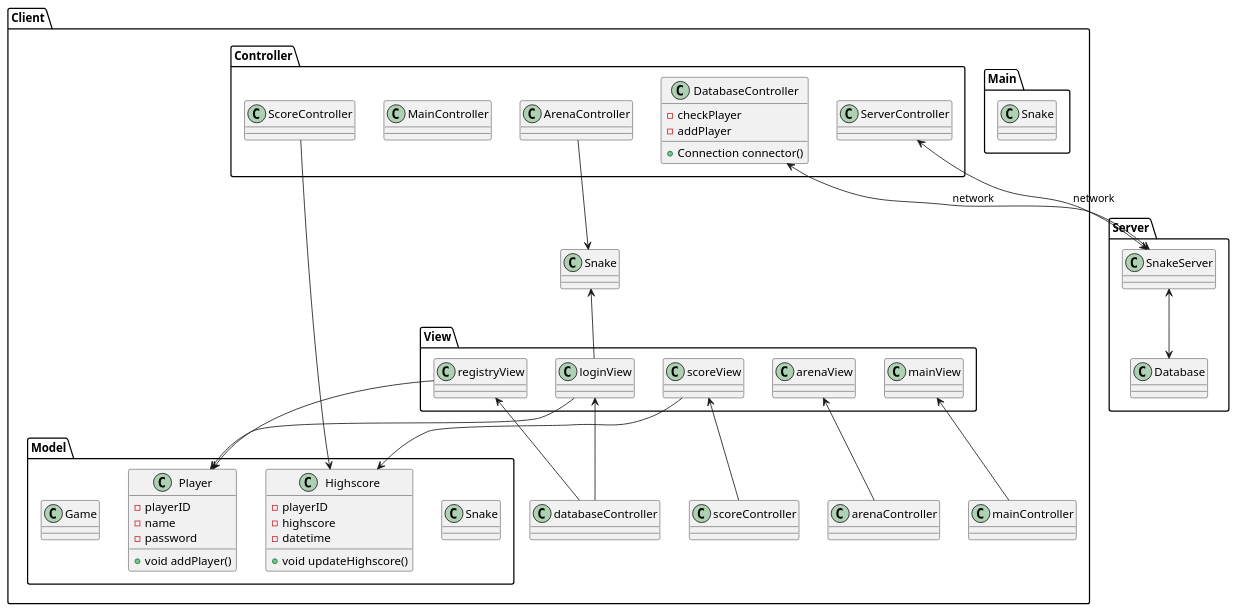
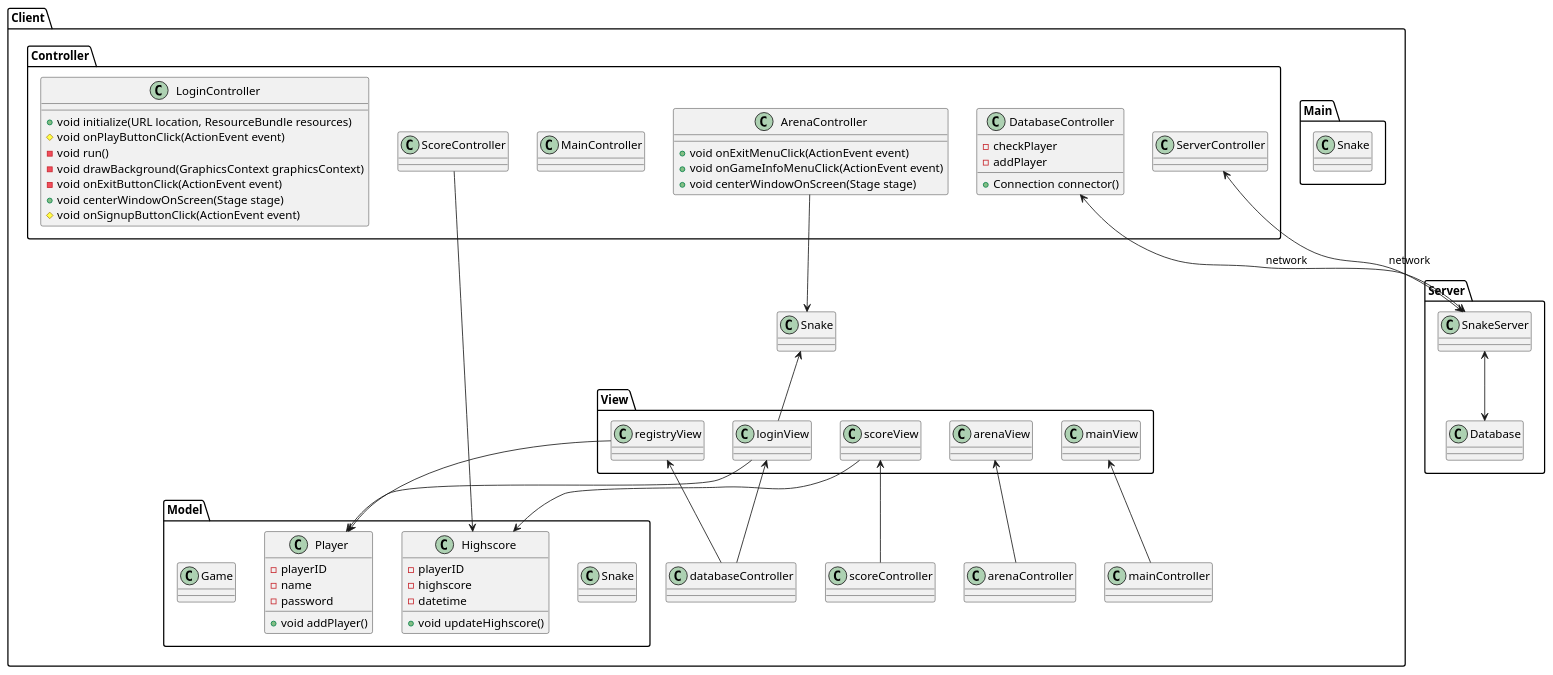
One commit to s74594/Multiplayer_Snake changed the diagram in PlantUML/MultiplayerSnake.puml. Above: the diagram before and after it, drawn with PlantUML. The commit also changed 4 other files, not shown here.

Commit message:
UML diagramm updated

```diff
--- a/PlantUML/MultiplayerSnake.puml
+++ b/PlantUML/MultiplayerSnake.puml
@@ -1,68 +1,84 @@
 @startuml
 'https://plantuml.com/class-diagram
+'- Indicates private
+'+ Indicates public
+'# Indicates protected
 
 package Client {
     package Main {
         class Snake {}
     }
     package Model {
         class Snake {}
         class Player{
         -playerID
         -name
         -password
         +void addPlayer()
         }
         class Highscore{
         -playerID
         -highscore
         -datetime
         +void updateHighscore()
         }
         class Game{}
     }
 
     package View {
         class scoreView{}
         class registryView{}
         class loginView{}
         class arenaView{}
         class mainView{}
     }
 
     package Controller {
         class ScoreController {}
         class DatabaseController {
         -checkPlayer
         -addPlayer
         +Connection connector()
         }
-        class ArenaController {}
+        class ArenaController {
+        +void onExitMenuClick(ActionEvent event)
+        +void onGameInfoMenuClick(ActionEvent event)
+        +void centerWindowOnScreen(Stage stage)
+        }
         class MainController {}
         class ServerController{}
+        class LoginController {
+        +void initialize(URL location, ResourceBundle resources)
+        #void onPlayButtonClick(ActionEvent event)
+        -void run()
+        -void drawBackground(GraphicsContext graphicsContext)
+        -void onExitButtonClick(ActionEvent event)
+        +void centerWindowOnScreen(Stage stage)
+        #void onSignupButtonClick(ActionEvent event)
+        }
     }
     'connections
     registryView --> Player
     loginView --> Player
     Highscore <-- scoreView
     Snake <-- loginView
     scoreView <-- scoreController
     registryView <-- databaseController
     loginView <-- databaseController
     arenaView <-- arenaController
     mainView <-- mainController
     ArenaController --> Snake
     ScoreController --> Highscore
     }
 
 package Server {
     class SnakeServer
     class Database {}
     'connections
     SnakeServer <--> Database
 }
 
 'connections
 ServerController <--> SnakeServer :network
 DatabaseController <--> SnakeServer :network
 @enduml
```
